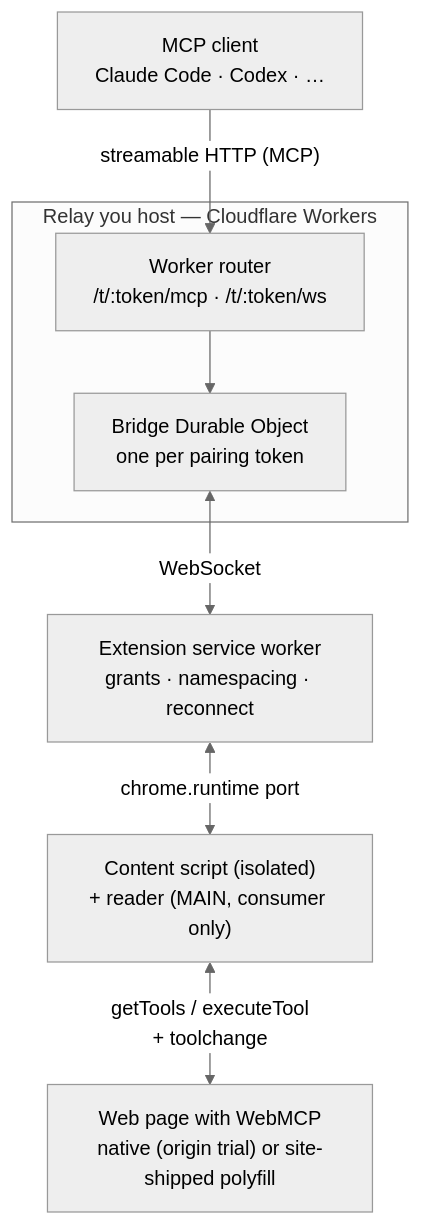
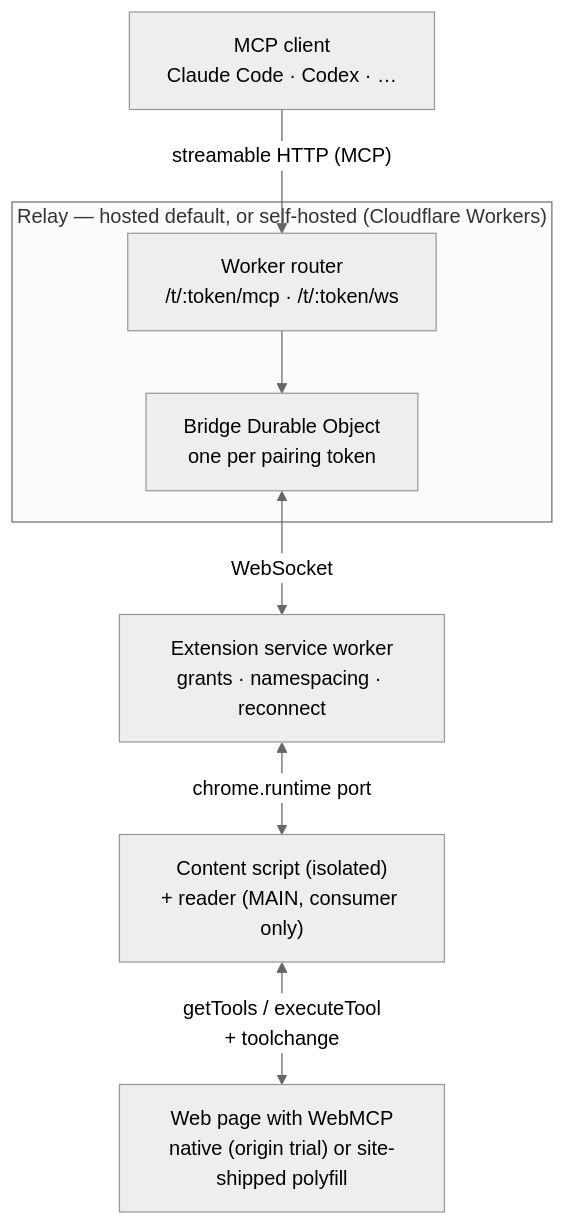
The diagram in README.md (mtsmfm/webmcp-cloud-relay), drawn with Mermaid (neutral theme) before and after one commit. The commit also changed other lines of this file and 5 other files, not shown here.

First line of the commit message:
Default the extension to the hosted relay

````diff
--- a/README.md
+++ b/README.md
@@ -7,17 +7,17 @@
 ```mermaid
 flowchart TB
     A["MCP client<br/>Claude Code · Codex · …"]
-    subgraph relay["Relay you host — Cloudflare Workers"]
+    subgraph relay["Relay — hosted default, or self-hosted (Cloudflare Workers)"]
         W["Worker router<br/>/t/:token/mcp · /t/:token/ws"]
         DO["Bridge Durable Object<br/>one per pairing token"]
         W --> DO
     end
     SW["Extension service worker<br/>grants · namespacing · reconnect"]
     CS["Content script (isolated)<br/>+ reader (MAIN, consumer only)"]
     P["Web page with WebMCP<br/>native (origin trial) or site-shipped polyfill"]
 
     A -->|"streamable HTTP (MCP)"| W
     DO <-->|"WebSocket"| SW
     SW <-->|"chrome.runtime port"| CS
     CS <-->|"getTools / executeTool<br/>+ toolchange"| P
 ```
````
